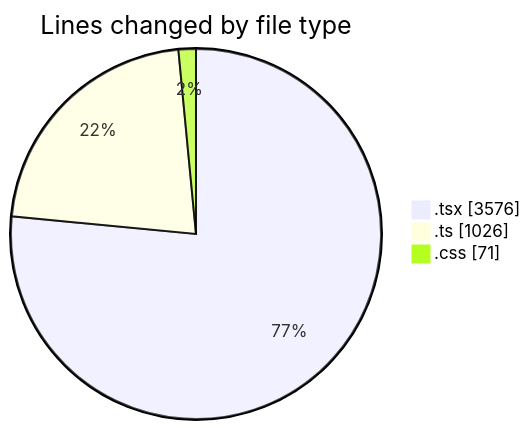
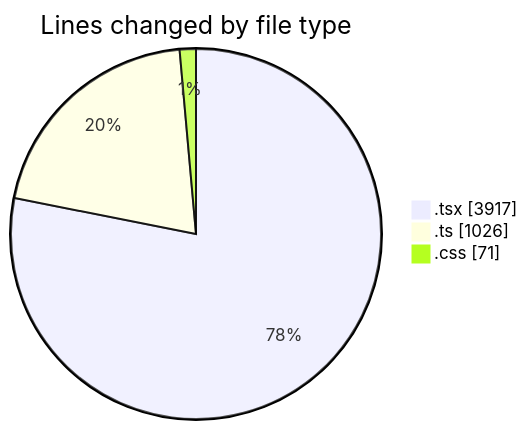
One commit to robertbonfada/code-tracking changed the first of 2 diagrams in 2025-01-27/mbc-web/README.md. Above: the diagram before and after it, drawn with Mermaid. The commit also changed other lines of this file and 1 other file, not shown here.

````diff
--- a/2025-01-27/mbc-web/README.md
+++ b/2025-01-27/mbc-web/README.md
@@ -34,7 +35,7 @@
 ```mermaid
 pie showData
 title Lines changed by file type
-".tsx" : 3576
+".tsx" : 3917
 ".ts" : 1026
 ".css" : 71
 ```
````
